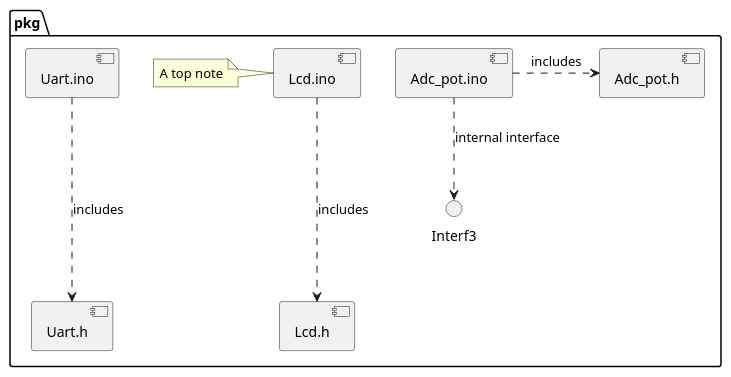
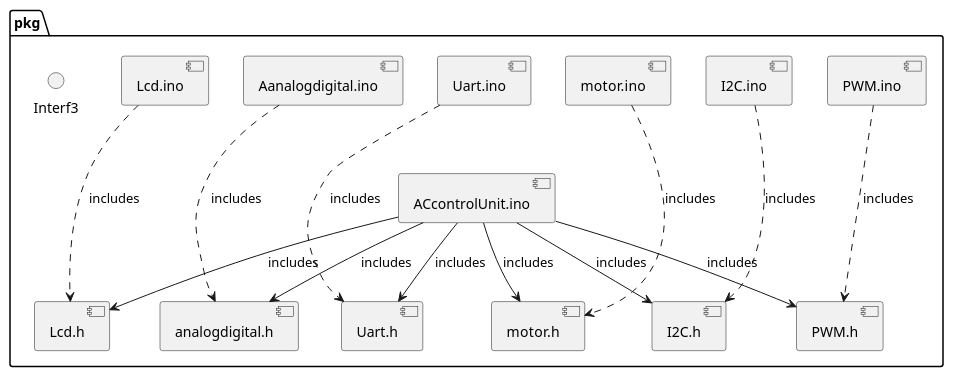
One commit to ahmedloulou/AC-control-unit changed the third of 3 diagrams in project_design_tpl.md. Above: the diagram before and after it, drawn with PlantUML.

````diff
--- a/project_design_tpl.md
+++ b/project_design_tpl.md
@@ -92,12 +92,19 @@
 ```plantuml
 @startuml
 package "pkg" {
-    [Adc_pot.ino].>[Adc_pot.h] : includes
+    [Aanalogdigital.ino]...>[analogdigital.h] : includes
     [Lcd.ino]...>[Lcd.h] : includes
     [Uart.ino]...>[Uart.h] : includes
+    [I2C.ino]...>[I2C.h] : includes
+    [PWM.ino]...>[PWM.h] : includes
+    [motor.ino]...>[motor.h] : includes
+    [ACcontrolUnit.ino] --> [analogdigital.h] : includes
+    [ACcontrolUnit.ino] --> [Lcd.h] : includes
+    [ACcontrolUnit.ino] --> [Uart.h] : includes
+    [ACcontrolUnit.ino] --> [I2C.h] : includes
+    [ACcontrolUnit.ino] --> [PWM.h] : includes
+    [ACcontrolUnit.ino] --> [motor.h] : includes
     interface Interf3
-    note left of Lcd.ino: A top note
-    Adc_pot.ino ..> Interf3 : internal interface
 }
 @enduml
 ```
````
